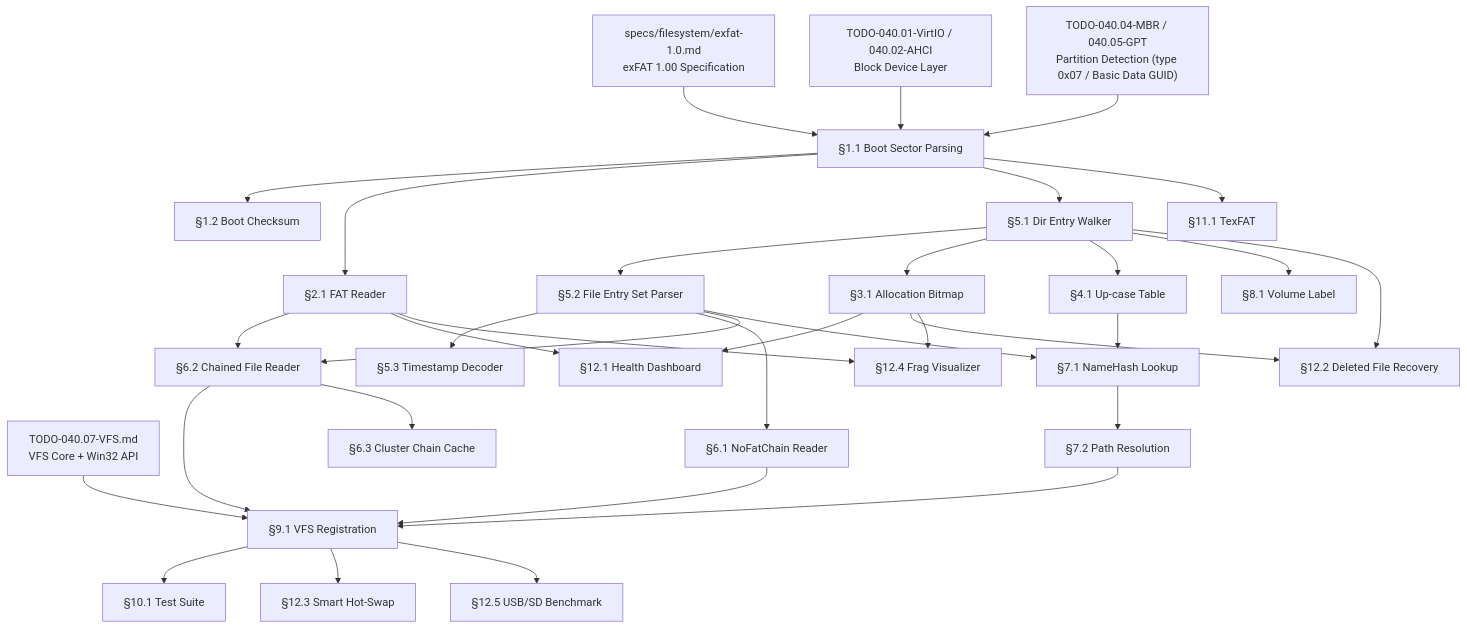
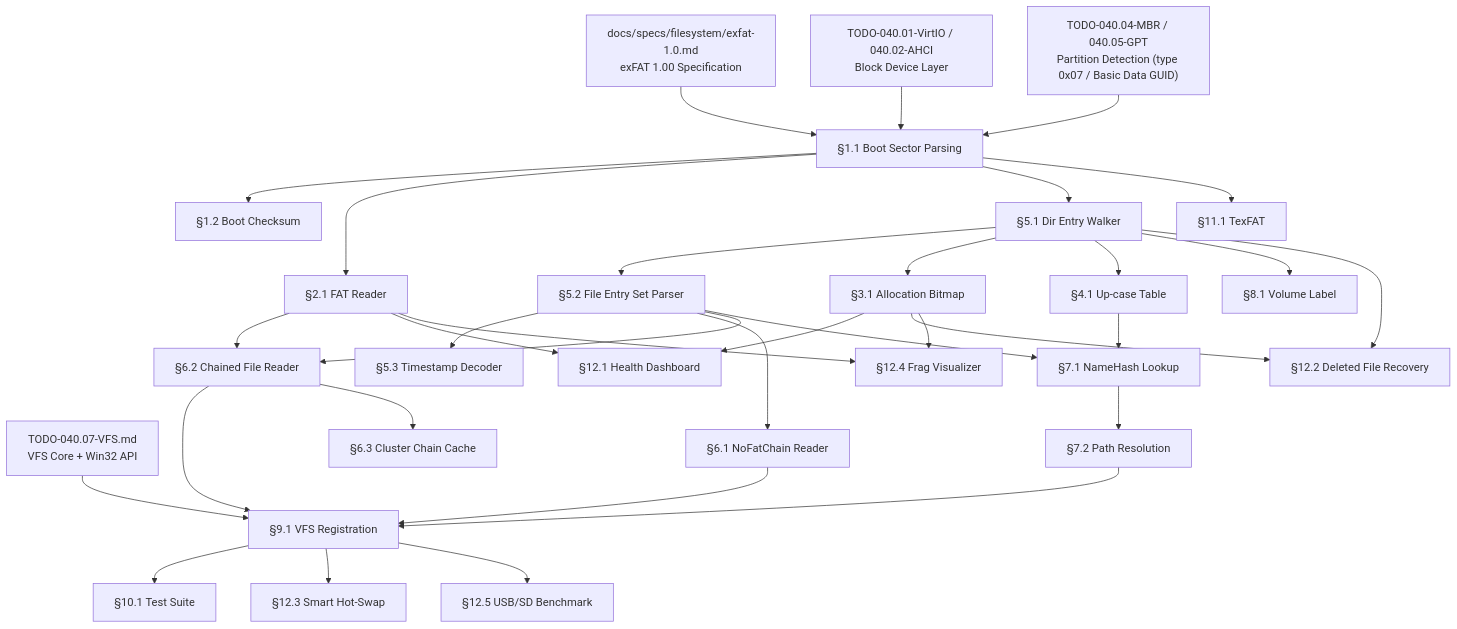
The diagram in todo/010-Kernel-Foundations/TODO-040-Filesystem/TODO-040.10-exFAT.md (rizonesoft/impossible-os), drawn with Mermaid before and after one commit. The commit also changed other lines of this file and 54 other files, not shown here.

````diff
--- a/todo/010-Kernel-Foundations/TODO-040-Filesystem/TODO-040.10-exFAT.md
+++ b/todo/010-Kernel-Foundations/TODO-040-Filesystem/TODO-040.10-exFAT.md
@@ -42,63 +42,63 @@
 ```mermaid
 graph TD
-    SPEC["specs/filesystem/exfat-1.0.md<br/>exFAT 1.00 Specification"]
+    SPEC["docs/specs/filesystem/exfat-1.0.md<br/>exFAT 1.00 Specification"]
     BLK["TODO-040.01-VirtIO / 040.02-AHCI<br/>Block Device Layer"]
     PART["TODO-040.04-MBR / 040.05-GPT<br/>Partition Detection (type 0x07 / Basic Data GUID)"]
     VFS["TODO-040.07-VFS.md<br/>VFS Core + Win32 API"]
 
     A["§1.1 Boot Sector Parsing"]
     B["§1.2 Boot Checksum"]
     C["§2.1 FAT Reader"]
     D["§5.1 Dir Entry Walker"]
     E["§5.2 File Entry Set Parser"]
     F["§5.3 Timestamp Decoder"]
     G["§3.1 Allocation Bitmap"]
     H["§4.1 Up-case Table"]
     I["§6.1 NoFatChain Reader"]
     J["§6.2 Chained File Reader"]
     K["§6.3 Cluster Chain Cache"]
     L["§7.1 NameHash Lookup"]
     M["§7.2 Path Resolution"]
     N["§8.1 Volume Label"]
     O["§9.1 VFS Registration"]
     P["§10.1 Test Suite"]
     Q["§11.1 TexFAT"]
     R["§12.1 Health Dashboard"]
     S["§12.2 Deleted File Recovery"]
     T["§12.3 Smart Hot-Swap"]
     U["§12.4 Frag Visualizer"]
     V["§12.5 USB/SD Benchmark"]
 
     SPEC --> A
     BLK --> A
     PART --> A
     A --> B
     A --> C
     A --> D
     C --> J
     D --> E
     D --> G
     D --> H
     D --> N
     E --> F
     E --> I
     E --> J
     E --> L
     H --> L
     I --> O
     J --> O
     J --> K
     L --> M
     M --> O
     VFS --> O
     G --> R
     C --> R
     O --> P
     A --> Q
     G --> S
     D --> S
     O --> T
     G --> U
     C --> U
     O --> V
 ```
````
